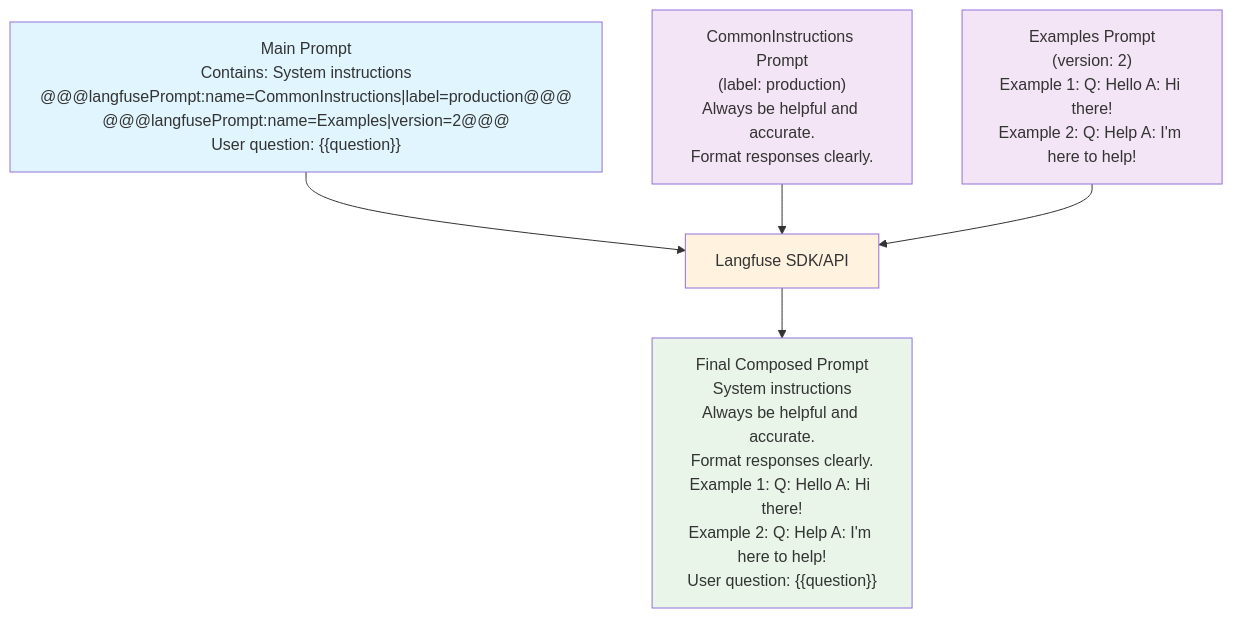
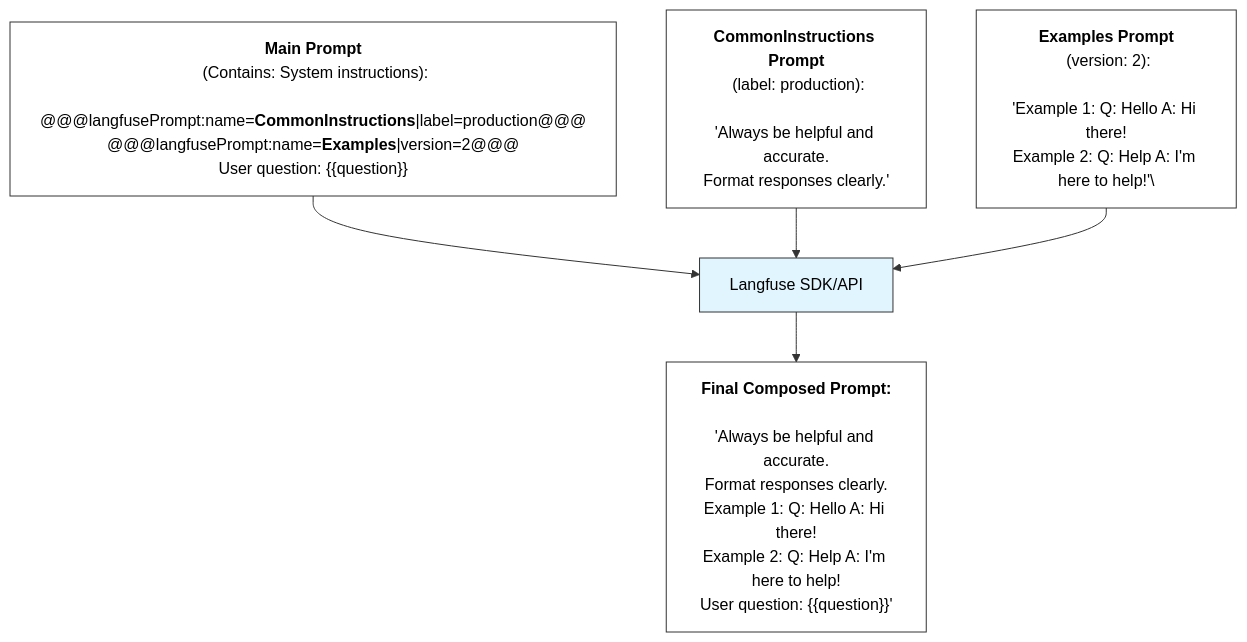
One commit to langfuse/langfuse-docs changed the diagram in pages/docs/prompt-management/features/composability.mdx. Above: the diagram before and after it, drawn with Mermaid. The commit also changed other lines of this file and 17 other files, not shown here.

````diff
--- a/pages/docs/prompt-management/features/composability.mdx
+++ b/pages/docs/prompt-management/features/composability.mdx
@@ -20,16 +29,14 @@
 ```mermaid
 flowchart TD
-    A["Main Prompt<br/>Contains: System instructions<br/>@@@langfusePrompt:name=CommonInstructions|label=production@@@<br/>@@@langfusePrompt:name=Examples|version=2@@@<br/>User question: {{question}}"] --> B[Langfuse SDK/API]
+    A["<b>Main Prompt</b><br/> (Contains: System instructions):<br/><br/>@@@langfusePrompt:name=<b>CommonInstructions</b>|label=production@@@<br/>@@@langfusePrompt:name=<b>Examples</b>|version=2@@@<br/>User question: {{question}}"] --> B[Langfuse SDK/API]
 
-    C["CommonInstructions Prompt<br/>(label: production)<br/>Always be helpful and accurate.<br/>Format responses clearly."] --> B
+    C["<b>CommonInstructions Prompt</b><br/> (label: production):<br/><br/>'Always be helpful and accurate.<br/>Format responses clearly.'"] --> B
 
-    D["Examples Prompt<br/>(version: 2)<br/>Example 1: Q: Hello A: Hi there!<br/>Example 2: Q: Help A: I'm here to help!"] --> B
+    D["<b>Examples Prompt</b><br/> (version: 2):<br/><br/>'Example 1: Q: Hello A: Hi there!<br/>Example 2: Q: Help A: I'm here to help!'"\] --> B
 
-    B --> E["Final Composed Prompt<br/>System instructions<br/>Always be helpful and accurate.<br/>Format responses clearly.<br/>Example 1: Q: Hello A: Hi there!<br/>Example 2: Q: Help A: I'm here to help!<br/>User question: {{question}}"]
+    B --> E["<b>Final Composed Prompt:</b><br/><br/>'Always be helpful and accurate.<br/>Format responses clearly.<br/>Example 1: Q: Hello A: Hi there!<br/>Example 2: Q: Help A: I'm here to help!<br/>User question: {{question}}'"]
 
-    style A fill:#e1f5fe
-    style C fill:#f3e5f5
-    style D fill:#f3e5f5
-    style E fill:#e8f5e8
-    style B fill:#fff3e0
+    classDef default fill:#fff,stroke:#333,color:#000;
+    class A,C,D,E,B default;
+    style B fill:#e1f5fe
 ```
````
